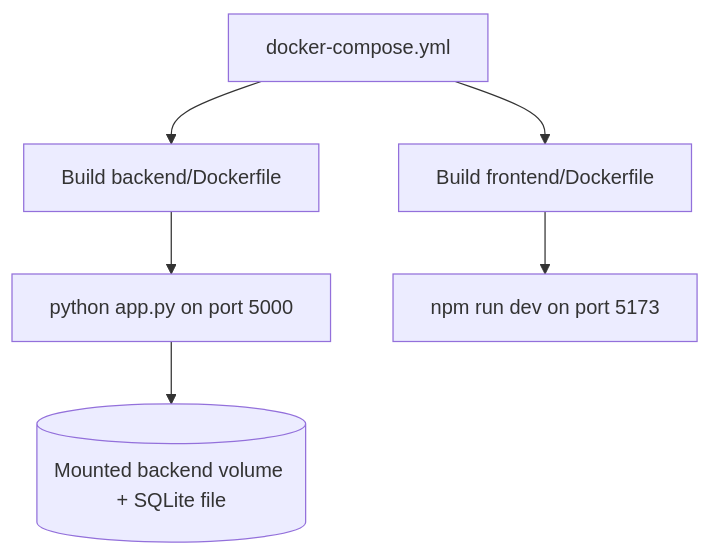
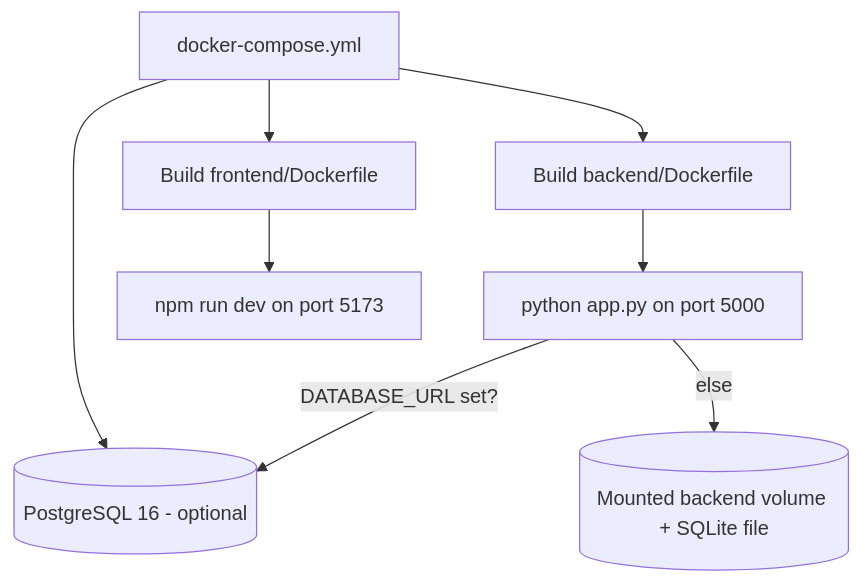
One commit to eklavyamathur9/pulse-hms-platform changed the sixth of 6 diagrams in docs/architecture.md. Above: the diagram before and after it, drawn with Mermaid. The commit also changed other lines of this file and 40 other files, not shown here.

````diff
--- a/docs/architecture.md
+++ b/docs/architecture.md
@@ -265,8 +350,10 @@
 ```mermaid
 flowchart TD
   Compose[docker-compose.yml] --> BackendBuild[Build backend/Dockerfile]
   Compose --> FrontendBuild[Build frontend/Dockerfile]
+  Compose --> DB[(PostgreSQL 16 - optional)]
   BackendBuild --> BackendRun[python app.py on port 5000]
   FrontendBuild --> FrontendRun[npm run dev on port 5173]
-  BackendRun --> SQLite[(Mounted backend volume + SQLite file)]
+  BackendRun -->|"DATABASE_URL set?"| DB
+  BackendRun -->|"else"| SQLite[(Mounted backend volume + SQLite file)]
 ```
````
